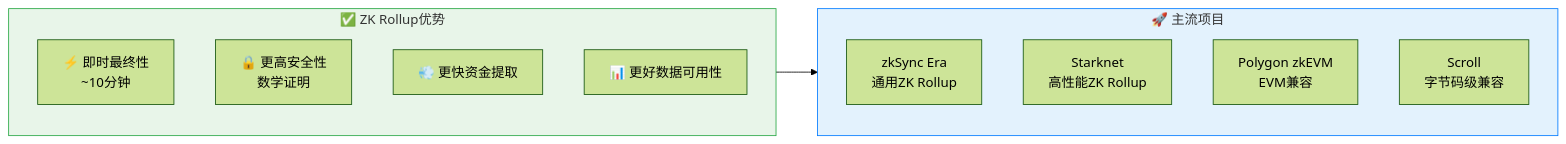
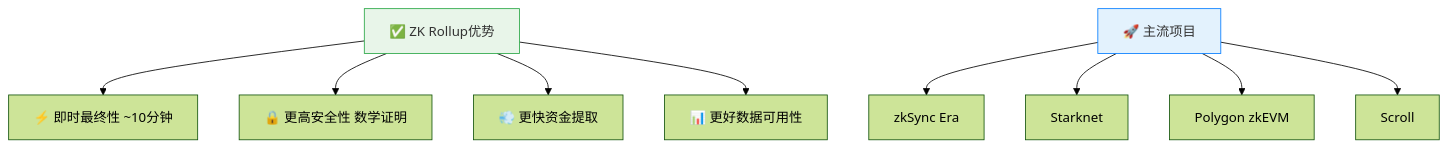
One commit to web3-wallet-org/web3-wallet-notes changed the eighth of 9 diagrams in docs/《精通以太坊》/第17章-零知识证明.md. Above: the diagram before and after it, drawn with Mermaid (forest theme). The commit also changed other lines of this file and 5 other files, not shown here.

````diff
--- a/docs/《精通以太坊》/第17章-零知识证明.md
+++ b/docs/《精通以太坊》/第17章-零知识证明.md
@@ -704,23 +658,27 @@
 ```mermaid
-graph LR
-    subgraph Advantages["✅ ZK Rollup优势"]
-        direction TB
-        A1["⚡ 即时最终性<br/>~10分钟"]
-        A2["🔒 更高安全性<br/>数学证明"]
-        A3["💨 更快资金提取"]
-        A4["📊 更好数据可用性"]
-    end
+graph TB
+    Advantages["✅ ZK Rollup优势"]
+    A1["⚡ 即时最终性 ~10分钟"]
+    A2["🔒 更高安全性 数学证明"]
+    A3["💨 更快资金提取"]
+    A4["📊 更好数据可用性"]
     
-    subgraph Projects["🚀 主流项目"]
-        direction TB
-        P1["zkSync Era<br/>通用ZK Rollup"]
-        P2["Starknet<br/>高性能ZK Rollup"]
-        P3["Polygon zkEVM<br/>EVM兼容"]
-        P4["Scroll<br/>字节码级兼容"]
-    end
+    Projects["🚀 主流项目"]
+    P1["zkSync Era"]
+    P2["Starknet"]
+    P3["Polygon zkEVM"]
+    P4["Scroll"]
     
-    Advantages --> Projects
+    Advantages --> A1
+    Advantages --> A2
+    Advantages --> A3
+    Advantages --> A4
+    
+    Projects --> P1
+    Projects --> P2
+    Projects --> P3
+    Projects --> P4
     
     style Advantages fill:#e8f5e9,stroke:#28a745,color:#333
     style Projects fill:#e3f2fd,stroke:#007bff,color:#333
 ```
````
